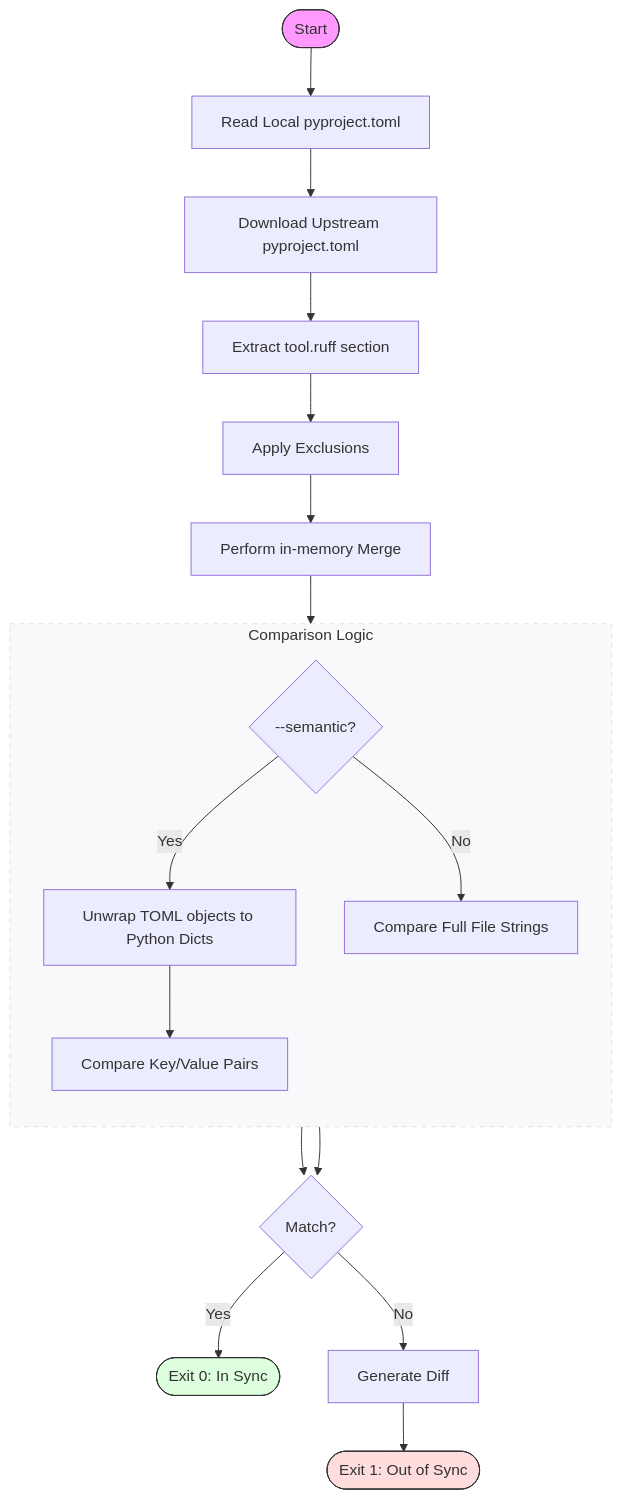
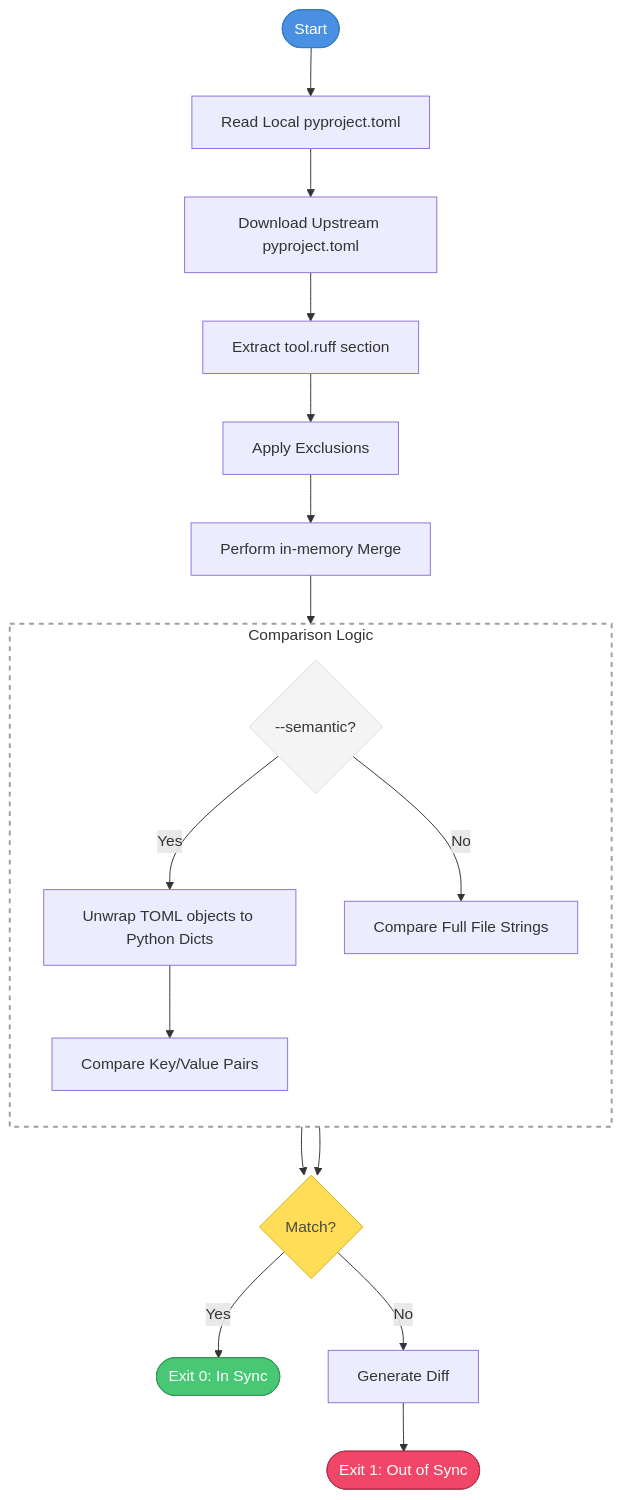
The diagram in README.md (Kilo59/ruff-sync), drawn with Mermaid before and after one commit.

Commit message:
better colors

````diff
--- a/README.md
+++ b/README.md
@@ -215,31 +215,33 @@
 ```mermaid
 flowchart TD
     Start([Start]) --> Local[Read Local pyproject.toml]
     Local --> Upstream[Download Upstream pyproject.toml]
     Upstream --> Extract[Extract tool.ruff section]
     Extract --> Exclude[Apply Exclusions]
     Exclude --> Merge[Perform in-memory Merge]
 
     subgraph Comparison [Comparison Logic]
         direction TB
-        Semantic{--semantic?}
-        Semantic -- Yes --> Unwrap[Unwrap TOML objects to Python Dicts]
+        SemanticNode{--semantic?}
+        SemanticNode -- Yes --> Unwrap[Unwrap TOML objects to Python Dicts]
         Unwrap --> CompareVal[Compare Key/Value Pairs]
-        Semantic -- No --> CompareFull[Compare Full File Strings]
+        SemanticNode -- No --> CompareFull[Compare Full File Strings]
     end
 
     Merge --> Comparison
 
-    CompareVal --> Result{Match?}
-    CompareFull --> Result
+    CompareVal --> ResultNode{Match?}
+    CompareFull --> ResultNode
 
-    Result -- Yes --> Success([Exit 0: In Sync])
-    Result -- No --> Diff[Generate Diff]
+    ResultNode -- Yes --> Success([Exit 0: In Sync])
+    ResultNode -- No --> Diff[Generate Diff]
     Diff --> Fail([Exit 1: Out of Sync])
 
     %% Styling
-    style Start fill:#f9f,stroke:#333
-    style Success fill:#dfd,stroke:#333
-    style Fail fill:#fdd,stroke:#333
-    style Comparison fill:#f8f9fa,stroke:#dee2e6,stroke-dasharray: 5 5
+    style Start fill:#4a90e2,color:#fff,stroke:#357abd
+    style Success fill:#48c774,color:#fff,stroke:#36975a
+    style Fail fill:#f14668,color:#fff,stroke:#b2334b
+    style ResultNode fill:#ffdd57,color:#4a4a4a,stroke:#d4b106
+    style Comparison fill:none,stroke:#9e9e9e,stroke-dasharray: 5 5,stroke-width:2px
+    style SemanticNode fill:#f4f4f4,color:#363636,stroke:#dbdbdb
 ```
````
